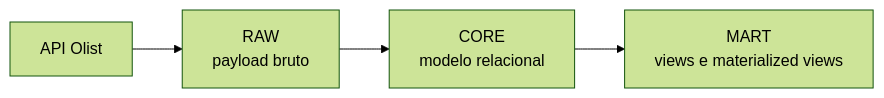
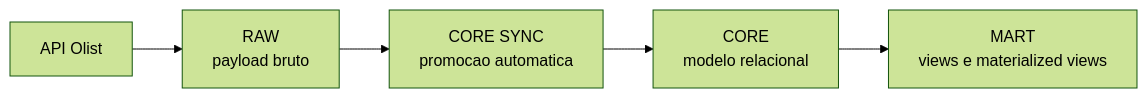
One commit to tmr6583/Albertina changed the diagram in docs/olist_mapping_guide_executive.md. Above: the diagram before and after it, drawn with Mermaid (forest theme). The commit also changed other lines of this file and 30 other files, not shown here.

````diff
--- a/docs/olist_mapping_guide_executive.md
+++ b/docs/olist_mapping_guide_executive.md
@@ -25,6 +25,7 @@
 ```mermaid
 flowchart LR
     A["API Olist"] --> B["RAW<br/>payload bruto"]
-    B --> C["CORE<br/>modelo relacional"]
-    C --> D["MART<br/>views e materialized views"]
+    B --> C["CORE SYNC<br/>promocao automatica"]
+    C --> D["CORE<br/>modelo relacional"]
+    D --> E["MART<br/>views e materialized views"]
 ```
````
